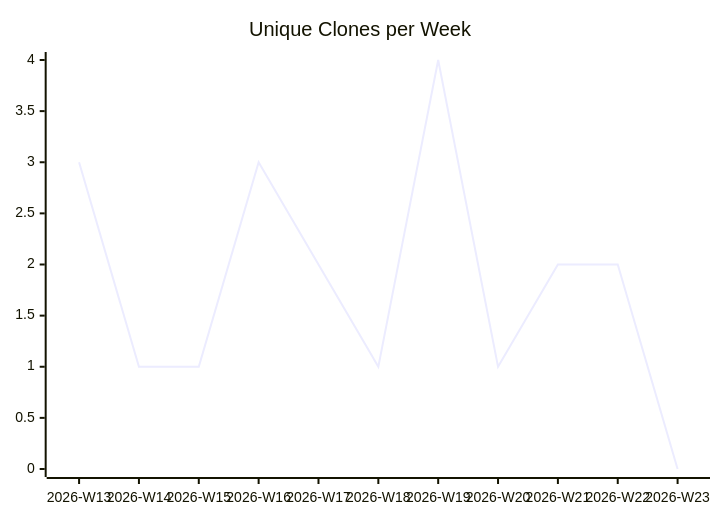
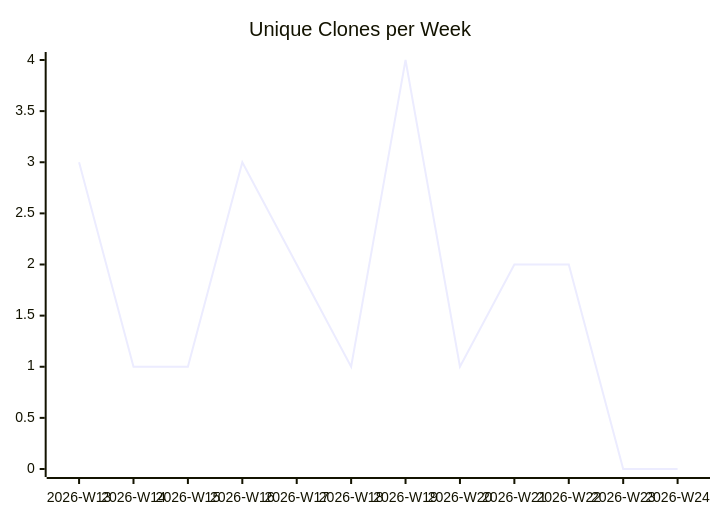
The third of 3 diagrams in karlmdavis/test-repo-for-move/README.md (justdavis-family/github-analytics-data), drawn with Mermaid before and after one commit. The commit also changed other lines of this file and 189 other files, not shown here.

````diff
--- a/karlmdavis/test-repo-for-move/README.md
+++ b/karlmdavis/test-repo-for-move/README.md
@@ -19,6 +19,6 @@
 ```mermaid
 xychart-beta
   title "Unique Clones per Week"
-  x-axis ["2026-W13", "2026-W14", "2026-W15", "2026-W16", "2026-W17", "2026-W18", "2026-W19", "2026-W20", "2026-W21", "2026-W22", "2026-W23"]
-  line [3, 1, 1, 3, 2, 1, 4, 1, 2, 2, 0]
+  x-axis ["2026-W13", "2026-W14", "2026-W15", "2026-W16", "2026-W17", "2026-W18", "2026-W19", "2026-W20", "2026-W21", "2026-W22", "2026-W23", "2026-W24"]
+  line [3, 1, 1, 3, 2, 1, 4, 1, 2, 2, 0, 0]
 ```
````
